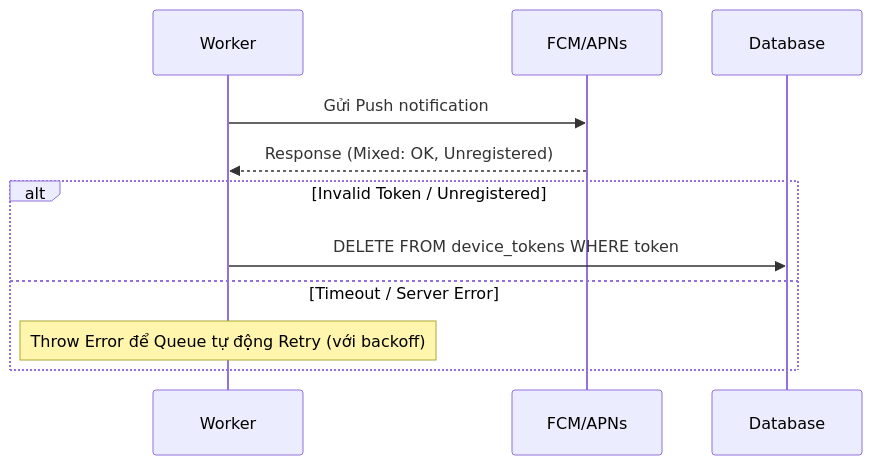
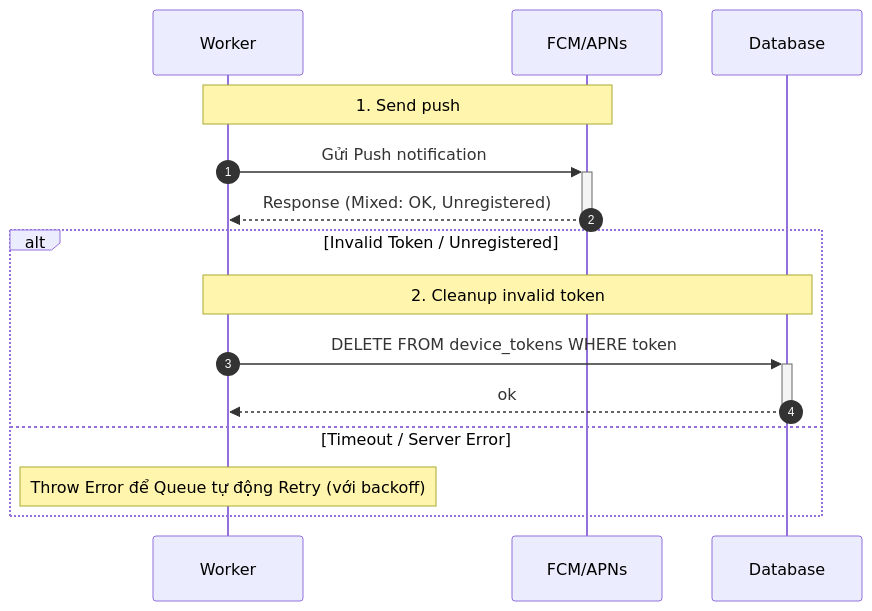
The third of 3 diagrams in docs/notifications.md (dinhhoang235/Chat-App), drawn with Mermaid before and after one commit. The commit also changed other lines of this file and 12 other files, not shown here.

Commit message:
docs: enhance sequence diagrams with detailed notes for various features

````diff
--- a/docs/notifications.md
+++ b/docs/notifications.md
@@ -56,14 +67,18 @@
 ```mermaid
 sequenceDiagram
+  autonumber
   participant W as Worker
   participant F as FCM/APNs
   participant DB as Database
 
-  W->>F: Gửi Push notification
-  F-->>W: Response (Mixed: OK, Unregistered)
+  Note over W,F: 1. Send push
+  W->>+F: Gửi Push notification
+  F-->>-W: Response (Mixed: OK, Unregistered)
   alt Invalid Token / Unregistered
-    W->>DB: DELETE FROM device_tokens WHERE token
+    Note over W,DB: 2. Cleanup invalid token
+    W->>+DB: DELETE FROM device_tokens WHERE token
+    DB-->>-W: ok
   else Timeout / Server Error
     Note over W: Throw Error để Queue tự động Retry (với backoff)
   end
 ```
````
